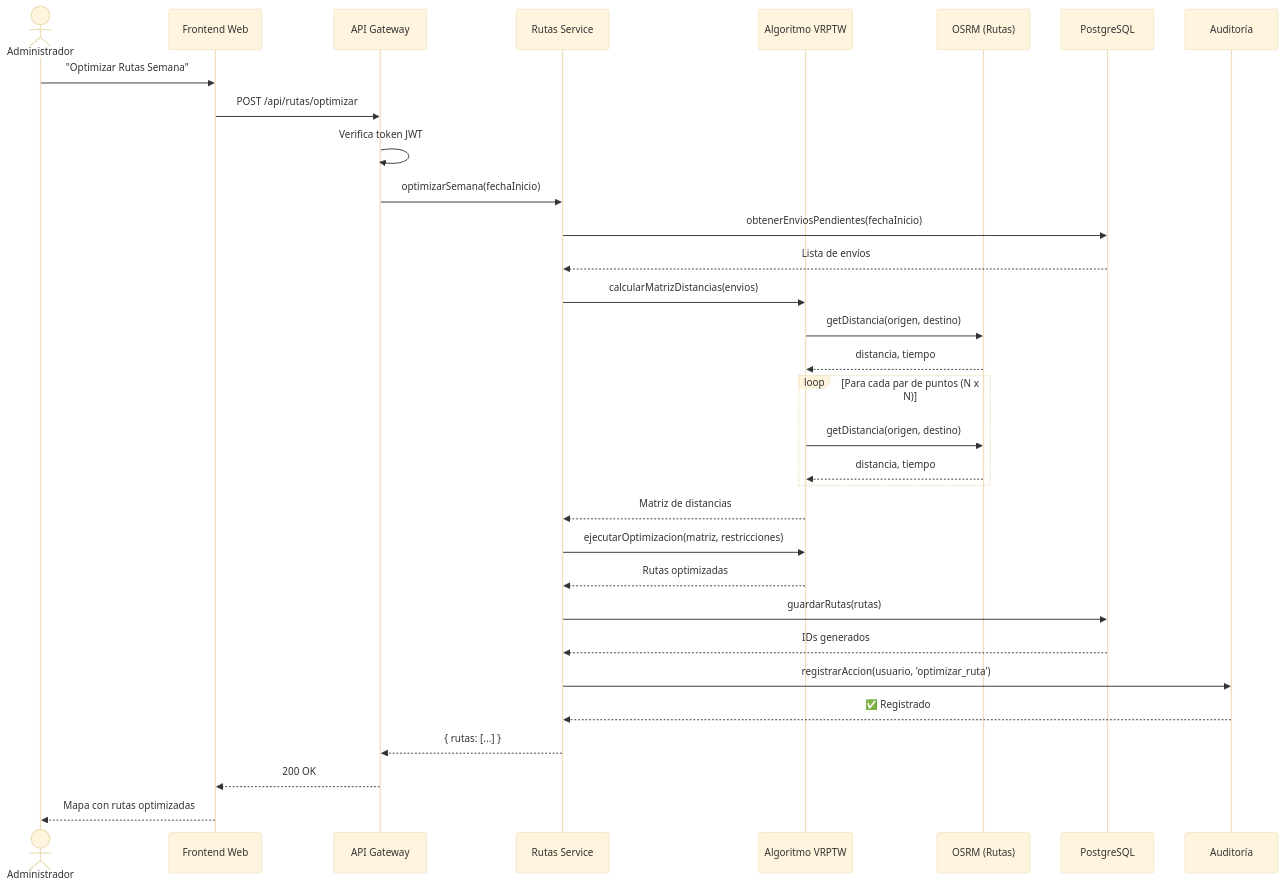
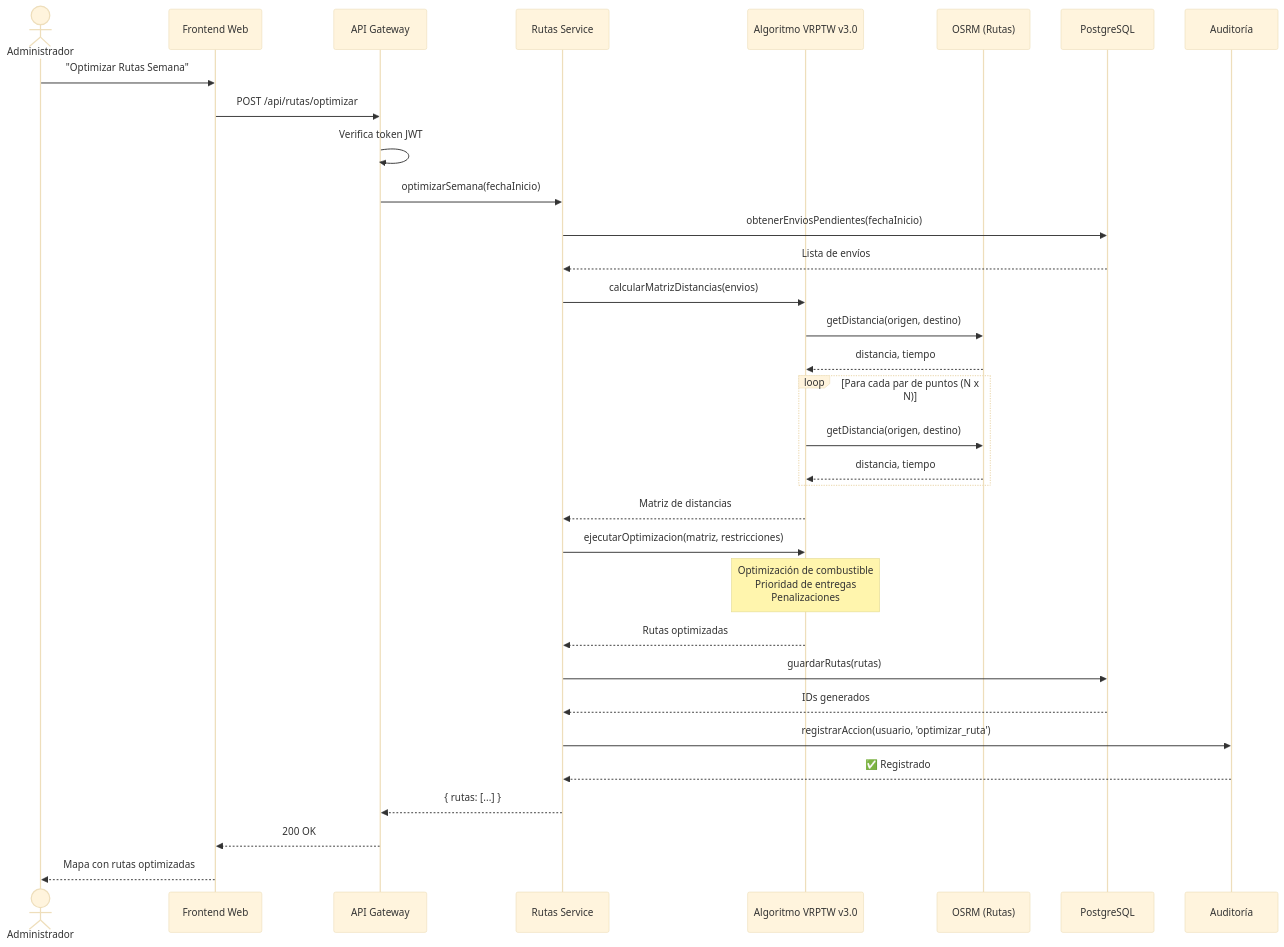
Before and after one commit to Seta-Expreso/sigma-t: the fifth of 10 diagrams in docs/06-arquitectura.md, drawn with Mermaid (base theme). The commit also changed other lines of this file and 4 other files, not shown here.

````diff
--- a/docs/06-arquitectura.md
+++ b/docs/06-arquitectura.md
@@ -1035,35 +1369,36 @@
 ```mermaid
 sequenceDiagram
     actor Admin as Administrador
     participant UI as Frontend Web
     participant API as API Gateway
     participant RutaSvc as Rutas Service
-    participant AlgoVRPTW as Algoritmo VRPTW
+    participant AlgoVRPTW as Algoritmo VRPTW v3.0
     participant OSRM as OSRM (Rutas)
     participant BD as PostgreSQL
     participant Audit as Auditoría
 
     Admin->>UI: "Optimizar Rutas Semana"
     UI->>API: POST /api/rutas/optimizar
     API->>API: Verifica token JWT
     API->>RutaSvc: optimizarSemana(fechaInicio)
     RutaSvc->>BD: obtenerEnviosPendientes(fechaInicio)
     BD-->>RutaSvc: Lista de envíos
     RutaSvc->>AlgoVRPTW: calcularMatrizDistancias(envios)
     AlgoVRPTW->>OSRM: getDistancia(origen, destino)
     OSRM-->>AlgoVRPTW: distancia, tiempo
     loop Para cada par de puntos (N x N)
         AlgoVRPTW->>OSRM: getDistancia(origen, destino)
         OSRM-->>AlgoVRPTW: distancia, tiempo
     end
     AlgoVRPTW-->>RutaSvc: Matriz de distancias
     RutaSvc->>AlgoVRPTW: ejecutarOptimizacion(matriz, restricciones)
+    Note over AlgoVRPTW: Optimización de combustible<br>Prioridad de entregas<br>Penalizaciones
     AlgoVRPTW-->>RutaSvc: Rutas optimizadas
     RutaSvc->>BD: guardarRutas(rutas)
     BD-->>RutaSvc: IDs generados
     RutaSvc->>Audit: registrarAccion(usuario, 'optimizar_ruta')
     Audit-->>RutaSvc: ✅ Registrado
     RutaSvc-->>API: { rutas: [...] }
     API-->>UI: 200 OK
     UI-->>Admin: Mapa con rutas optimizadas
 ```
````
